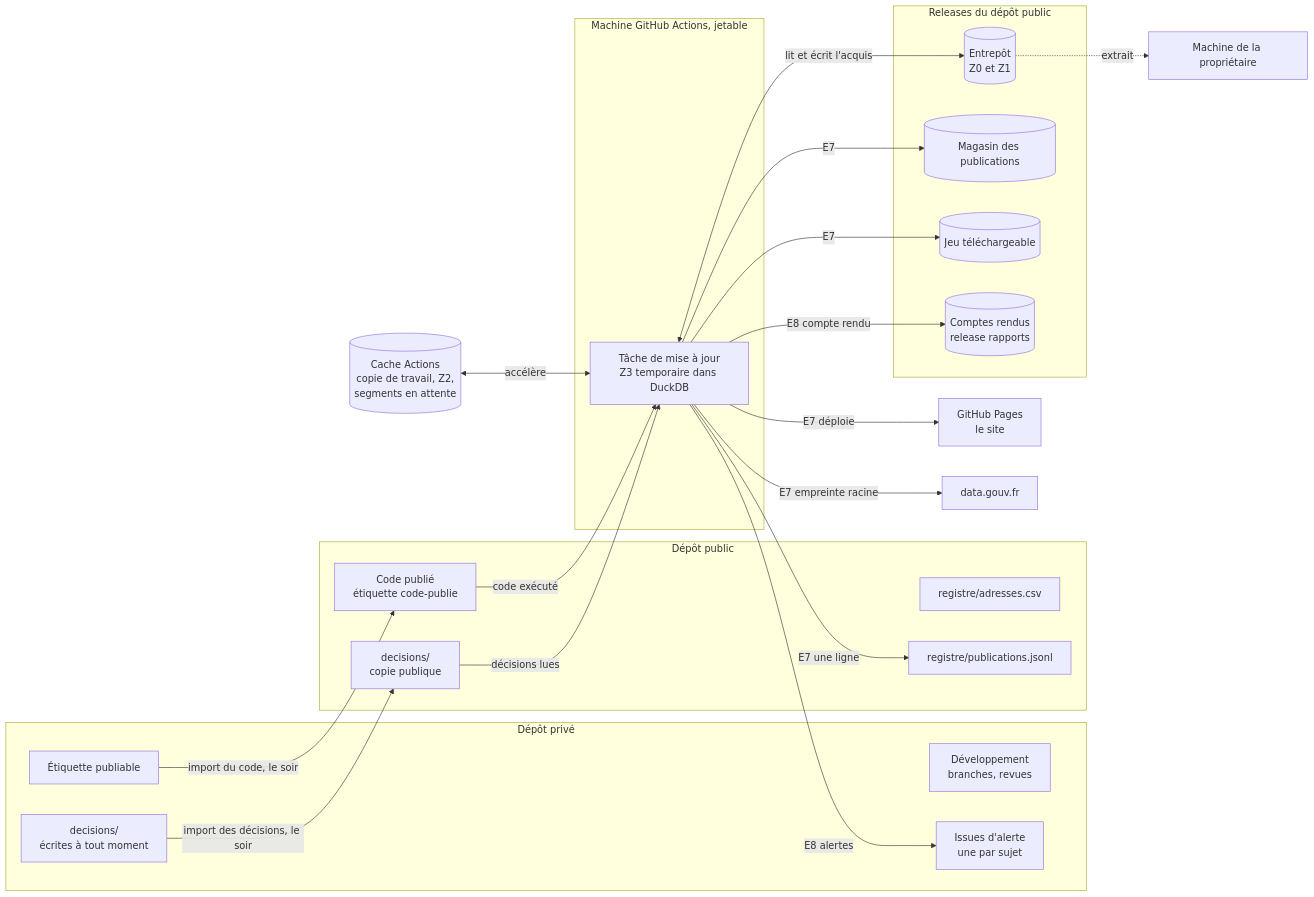
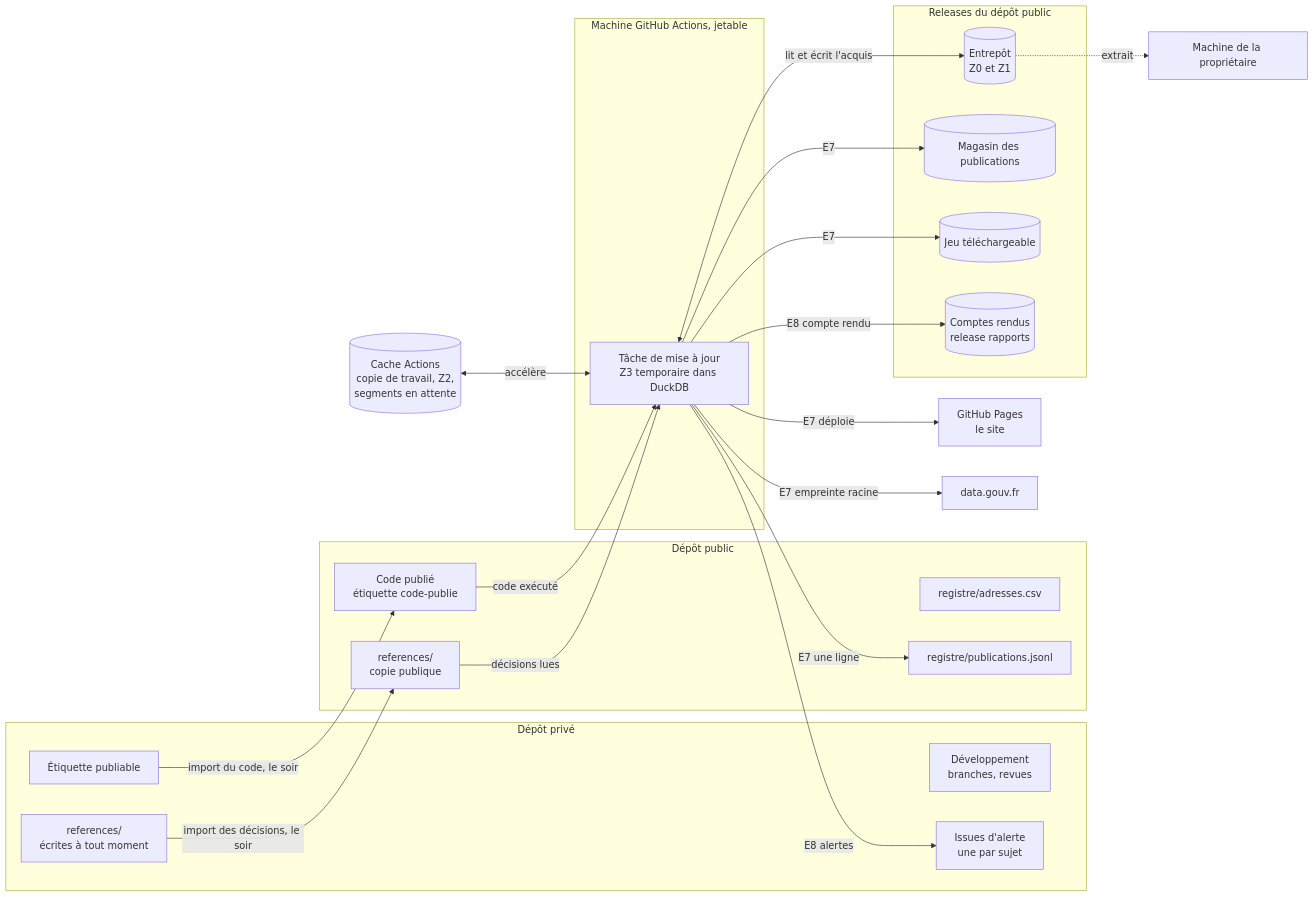
Diagram 11 of 11 in livrables/2-processus-collecte-publication.md (stephieED/Empreinte-politique-new-pipeline-test), drawn with Mermaid before and after one commit. The commit also changed other lines of this file and 24 other files, not shown here.

````diff
--- a/livrables/2-processus-collecte-publication.md
+++ b/livrables/2-processus-collecte-publication.md
@@ -863,47 +863,47 @@
 ```mermaid
 flowchart LR
     subgraph PRIV["Dépôt privé"]
         P1["Développement<br/>branches, revues"]
         P2["Étiquette publiable"]
-        P4["decisions/<br/>écrites à tout moment"]
+        P4["references/<br/>écrites à tout moment"]
         P3["Issues d'alerte<br/>une par sujet"]
     end
 
     subgraph PUB["Dépôt public"]
         R1["Code publié<br/>étiquette code-publie"]
-        R2["decisions/<br/>copie publique"]
+        R2["references/<br/>copie publique"]
         R3["registre/adresses.csv"]
         R4["registre/publications.jsonl"]
     end
 
     subgraph ACT["Machine GitHub Actions, jetable"]
         A1["Tâche de mise à jour<br/>Z3 temporaire dans DuckDB"]
     end
 
     subgraph REL["Releases du dépôt public"]
         L1[("Entrepôt<br/>Z0 et Z1")]
         L2[("Magasin des publications")]
         L3[("Jeu téléchargeable")]
         L4[("Comptes rendus<br/>release rapports")]
     end
 
     CACHE[("Cache Actions<br/>copie de travail, Z2,<br/>segments en attente")]
     PAGES["GitHub Pages<br/>le site"]
     DG["data.gouv.fr"]
     MOI["Machine de la propriétaire"]
 
     P2 -- "import du code, le soir" --> R1
     P4 -- "import des décisions, le soir" --> R2
     R1 -- "code exécuté" --> A1
     R2 -- "décisions lues" --> A1
     CACHE <-- "accélère" --> A1
     A1 <-- "lit et écrit l'acquis" --> L1
     A1 -- "E7" --> L2
     A1 -- "E7" --> L3
     A1 -- "E7 déploie" --> PAGES
     A1 -- "E7 une ligne" --> R4
     A1 -- "E7 empreinte racine" --> DG
     A1 -- "E8 compte rendu" --> L4
     A1 -- "E8 alertes" --> P3
     L1 -. "extrait" .-> MOI
 ```
````
